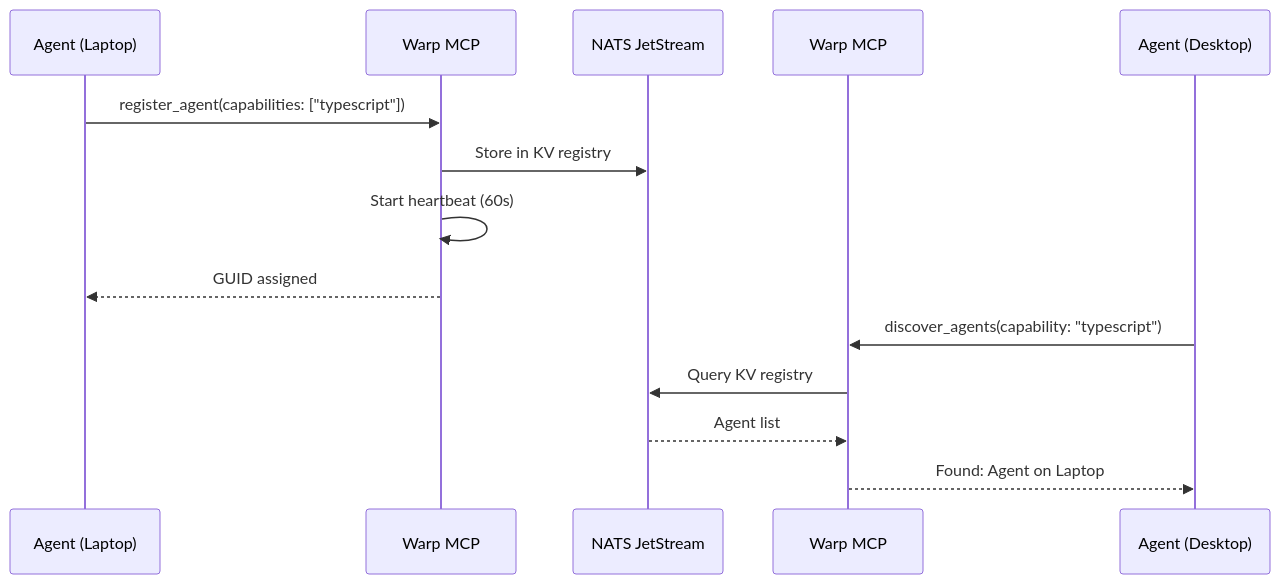
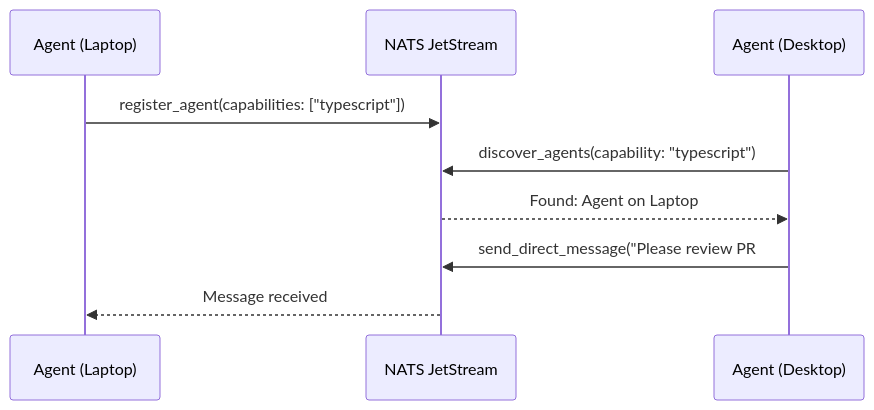
The second of 3 diagrams in README.md (mdlopresti/loom), drawn with Mermaid before and after one commit. The commit also changed other lines of this file, not shown here.

````diff
--- a/README.md
+++ b/README.md
@@ -239,18 +136,12 @@
 ```mermaid
 sequenceDiagram
     participant A1 as Agent (Laptop)
-    participant W1 as Warp MCP
     participant NATS as NATS JetStream
-    participant W2 as Warp MCP
     participant A2 as Agent (Desktop)
 
-    A1->>W1: register_agent(capabilities: ["typescript"])
-    W1->>NATS: Store in KV registry
-    W1->>W1: Start heartbeat (60s)
-    W1-->>A1: GUID assigned
-
-    A2->>W2: discover_agents(capability: "typescript")
-    W2->>NATS: Query KV registry
-    NATS-->>W2: Agent list
-    W2-->>A2: Found: Agent on Laptop
+    A1->>NATS: register_agent(capabilities: ["typescript"])
+    A2->>NATS: discover_agents(capability: "typescript")
+    NATS-->>A2: Found: Agent on Laptop
+    A2->>NATS: send_direct_message("Please review PR #42")
+    NATS-->>A1: Message received
 ```
````
